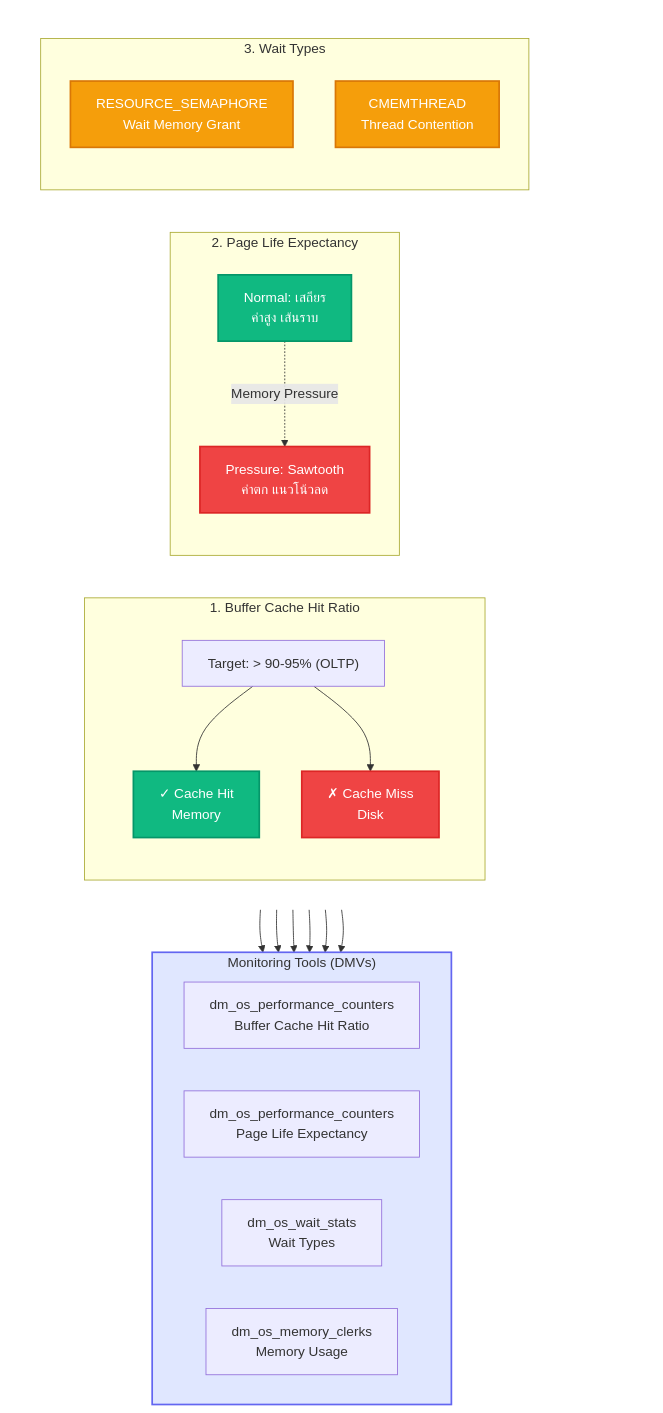
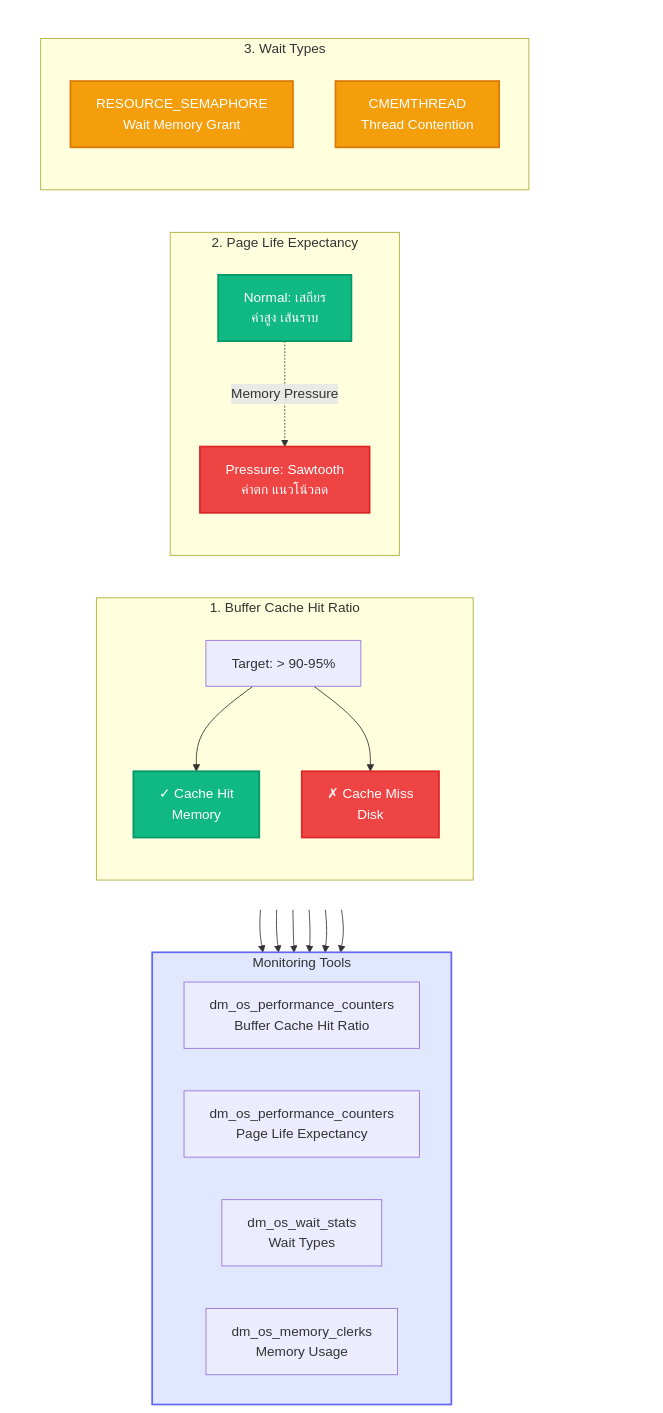
The seventh of 7 diagrams in Module_04_Memory/README.md (phakkhaphong/sql-server-performance-tuning), drawn with Mermaid before and after one commit. The commit also changed other lines of this file, not shown here.

Commit message:
Standardize terminology and remove HTML line breaks in README diagrams for SQL Server Memory Models, enhancing clarity and consistency in visual representation.

````diff
--- a/Module_04_Memory/README.md
+++ b/Module_04_Memory/README.md
@@ -402,51 +402,51 @@
 ```mermaid
 flowchart TB
     subgraph Row1[" "]
         direction LR
         subgraph Metric1["1. Buffer Cache Hit Ratio"]
-            BCHR["Target: > 90-95% (OLTP)"]
+            BCHR["Target: > 90-95%"]
             BCHRGood["✓ Cache Hit<br/>Memory"]
             BCHRBad["✗ Cache Miss<br/>Disk"]
             BCHR --> BCHRGood
             BCHR --> BCHRBad
         end
         
         subgraph Metric2["2. Page Life Expectancy"]
             PLENormal["Normal: เสถียร<br/>ค่าสูง เส้นราบ"]
             PLEPressure["Pressure: Sawtooth<br/>ค่าตก แนวโน้วลด"]
             PLENormal -.->|Memory Pressure| PLEPressure
         end
         
         subgraph WaitTypes["3. Wait Types"]
             WT1["RESOURCE_SEMAPHORE<br/>Wait Memory Grant"]
             WT2["CMEMTHREAD<br/>Thread Contention"]
         end
     end
     
     SpacerM1[ ]
     
-    subgraph Monitoring["Monitoring Tools (DMVs)"]
+    subgraph Monitoring["Monitoring Tools"]
         direction LR
         DMV1["dm_os_performance_counters<br/>Buffer Cache Hit Ratio"]
         DMV2["dm_os_performance_counters<br/>Page Life Expectancy"]
         DMV3["dm_os_wait_stats<br/>Wait Types"]
         DMV4["dm_os_memory_clerks<br/>Memory Usage"]
     end
     
     Metric1 --> DMV1
     Metric2 --> DMV2
     WaitTypes --> DMV3
     Metric1 --> DMV4
     Metric2 --> DMV4
     WaitTypes --> DMV4
     
     style BCHRGood fill:#10b981,stroke:#059669,stroke-width:2px,color:#fff
     style BCHRBad fill:#ef4444,stroke:#dc2626,stroke-width:2px,color:#fff
     style PLENormal fill:#10b981,stroke:#059669,stroke-width:2px,color:#fff
     style PLEPressure fill:#ef4444,stroke:#dc2626,stroke-width:2px,color:#fff
     style WT1 fill:#f59e0b,stroke:#d97706,stroke-width:2px,color:#fff
     style WT2 fill:#f59e0b,stroke:#d97706,stroke-width:2px,color:#fff
     style Row1 fill:transparent,stroke:transparent,color:transparent
     style Monitoring fill:#e0e7ff,stroke:#6366f1,stroke-width:2px
     style SpacerM1 fill:transparent,stroke:transparent,color:transparent
 ```
````
